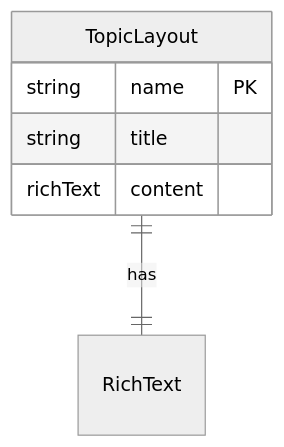
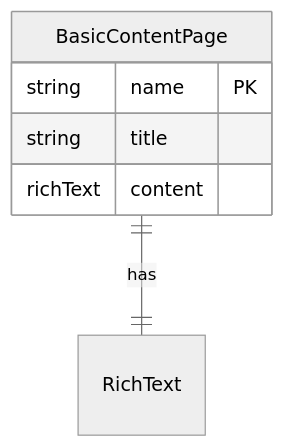
The diagram in src/topicLayout-erd.md (brendanpowershifter/erd-docs), drawn with Mermaid (neutral theme) before and after one commit. The commit also changed 21 other files, not shown here.

````diff
--- a/src/topicLayout-erd.md
+++ b/src/topicLayout-erd.md
@@ -1,10 +1,10 @@
 ```mermaid
   erDiagram
-    TopicLayout||--||RichText: has
-    TopicLayout {
+    BasicContentPage||--||RichText: has
+    BasicContentPage {
       string name PK
       string title
       richText content
     }
     RichText
 ```
````
